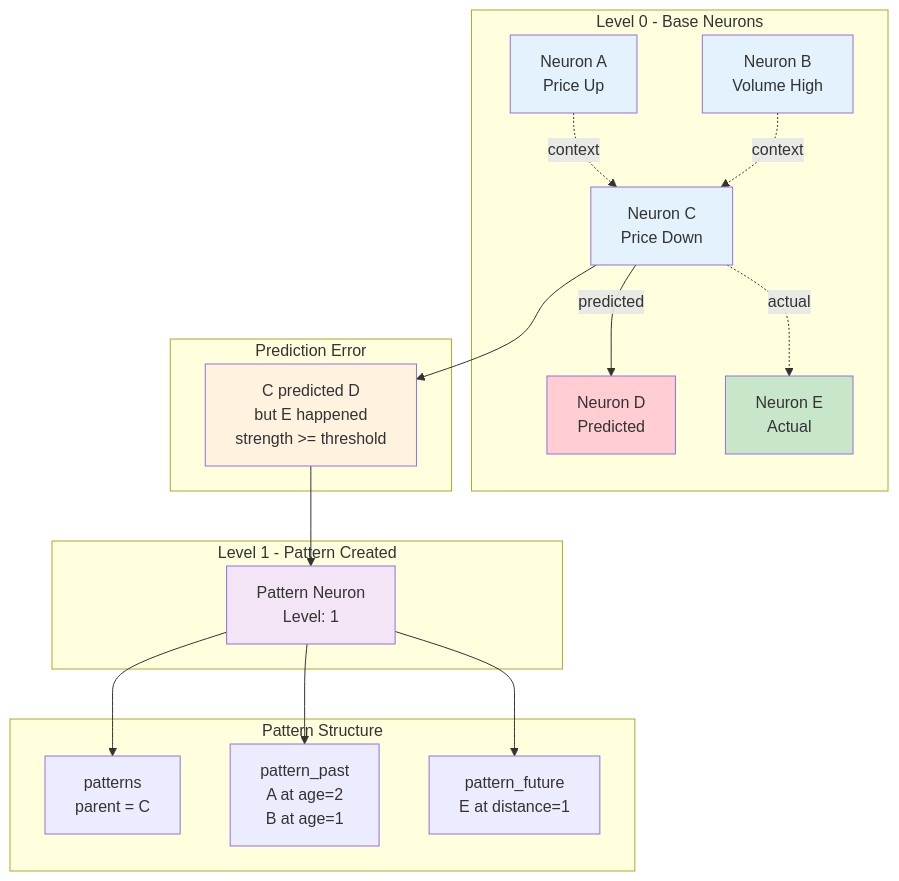
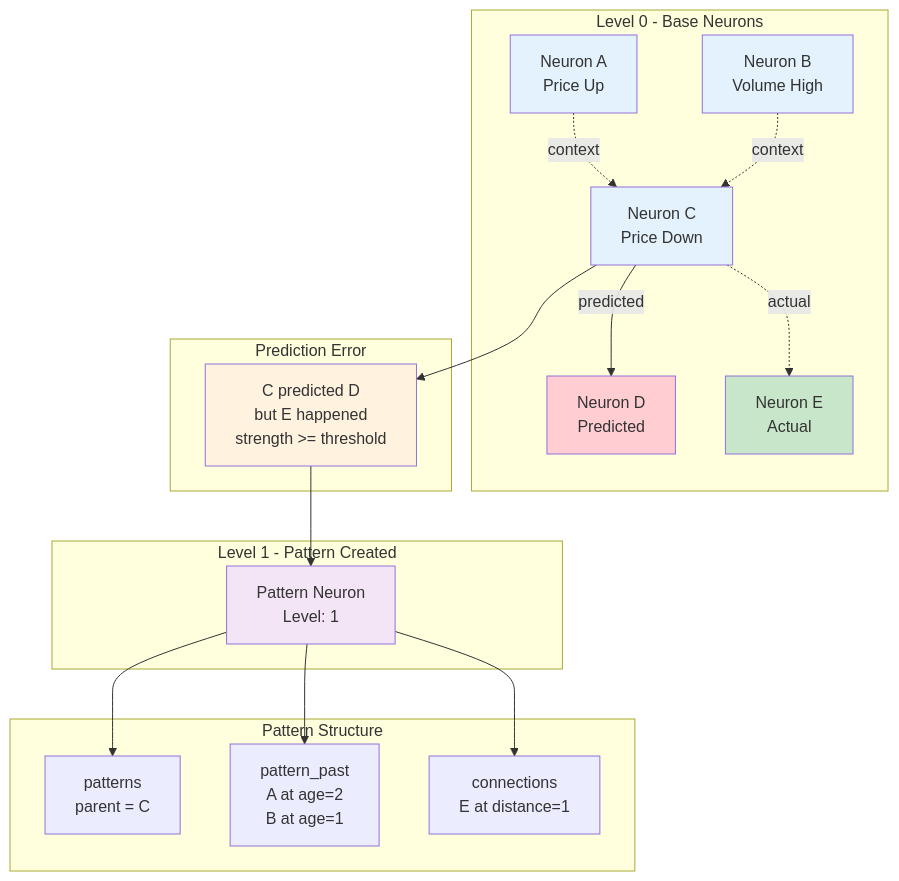
Before and after one commit to cucar/robot_brain: the third of 5 diagrams in docs/PATENT_DISCLOSURE.md, drawn with Mermaid. The commit also changed other lines of this file and 8 other files, not shown here.

Commit message:
backup/restore improvements - match current schema

````diff
--- a/docs/PATENT_DISCLOSURE.md
+++ b/docs/PATENT_DISCLOSURE.md
@@ -587,44 +586,44 @@
 ```mermaid
 graph TB
     subgraph "Level 0 - Base Neurons"
         N1[Neuron A<br/>Price Up]
         N2[Neuron B<br/>Volume High]
         N3[Neuron C<br/>Price Down]
         N4[Neuron D<br/>Predicted]
         N5[Neuron E<br/>Actual]
     end
 
     subgraph "Prediction Error"
         ERR[C predicted D<br/>but E happened<br/>strength >= threshold]
     end
 
     subgraph "Level 1 - Pattern Created"
         P1[Pattern Neuron<br/>Level: 1]
     end
 
     subgraph "Pattern Structure"
         PP[patterns<br/>parent = C]
         PAST[pattern_past<br/>A at age=2<br/>B at age=1]
-        FUT[pattern_future<br/>E at distance=1]
+        FUT[connections<br/>E at distance=1]
     end
 
     N1 -.->|"context"| N3
     N2 -.->|"context"| N3
     N3 -->|"predicted"| N4
     N3 -.->|"actual"| N5
 
     N3 --> ERR
     ERR --> P1
 
     P1 --> PP
     P1 --> PAST
     P1 --> FUT
 
     style N1 fill:#e3f2fd
     style N2 fill:#e3f2fd
     style N3 fill:#e3f2fd
     style N4 fill:#ffcdd2
     style N5 fill:#c8e6c9
     style ERR fill:#fff3e0
     style P1 fill:#f3e5f5
 ```
````
